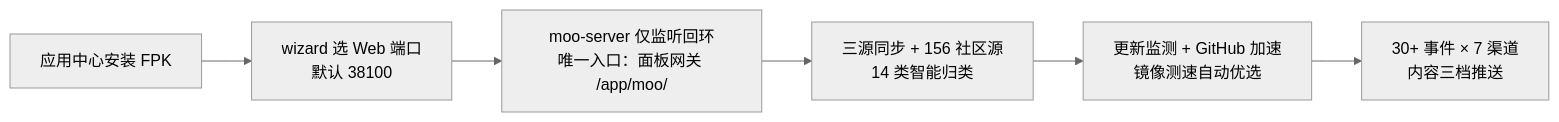
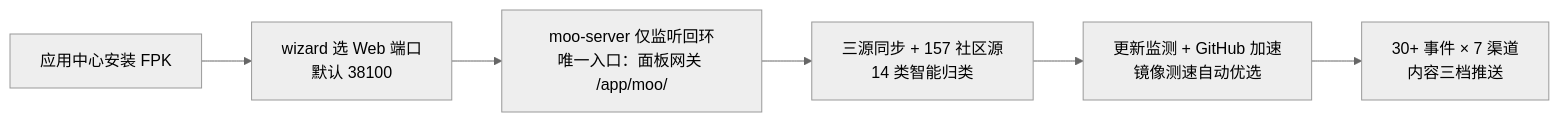
The diagram in README.md (Blue-Mink/moo), drawn with Mermaid (neutral theme) before and after one commit. The commit also changed other lines of this file and 2 other files, not shown here.

````diff
--- a/README.md
+++ b/README.md
@@ -86,8 +86,8 @@
 ```mermaid
 flowchart LR
     A["应用中心安装 FPK"] --> B["wizard 选 Web 端口<br/>默认 38100"]
     B --> C["moo-server 仅监听回环<br/>唯一入口：面板网关 /app/moo/"]
-    C --> D["三源同步 + 156 社区源<br/>14 类智能归类"]
+    C --> D["三源同步 + 157 社区源<br/>14 类智能归类"]
     D --> E["更新监测 + GitHub 加速<br/>镜像测速自动优选"]
     E --> F["30+ 事件 × 7 渠道<br/>内容三档推送"]
 ```
````
